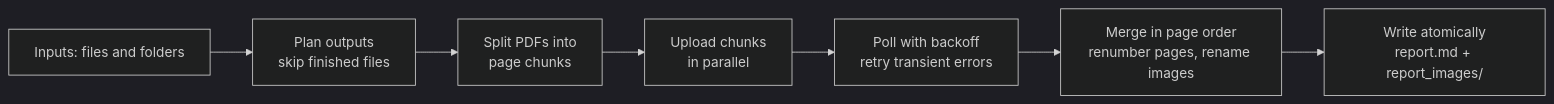
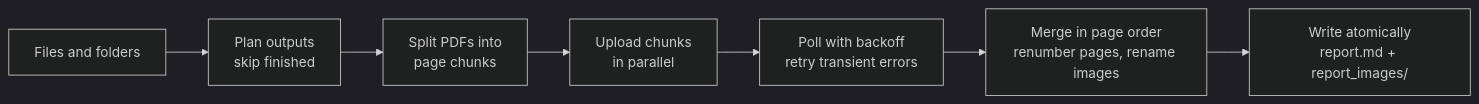
One commit to SokolskyNikita/pdf-to-markdown-cli changed the diagram in README.md. Above: the diagram before and after it, drawn with Mermaid (dark theme). The commit also changed other lines of this file and 2 other files, not shown here.

````diff
--- a/README.md
+++ b/README.md
@@ -95,9 +95,9 @@
 ```mermaid
 flowchart LR
-    A[Inputs: files and folders] --> B[Plan outputs<br/>skip finished files]
+    A[Files and folders] --> B[Plan outputs<br/>skip finished]
     B --> C[Split PDFs into<br/>page chunks]
     C --> D[Upload chunks<br/>in parallel]
     D --> E[Poll with backoff<br/>retry transient errors]
     E --> F[Merge in page order<br/>renumber pages, rename images]
     F --> G[Write atomically<br/>report.md + report_images/]
 ```
````
